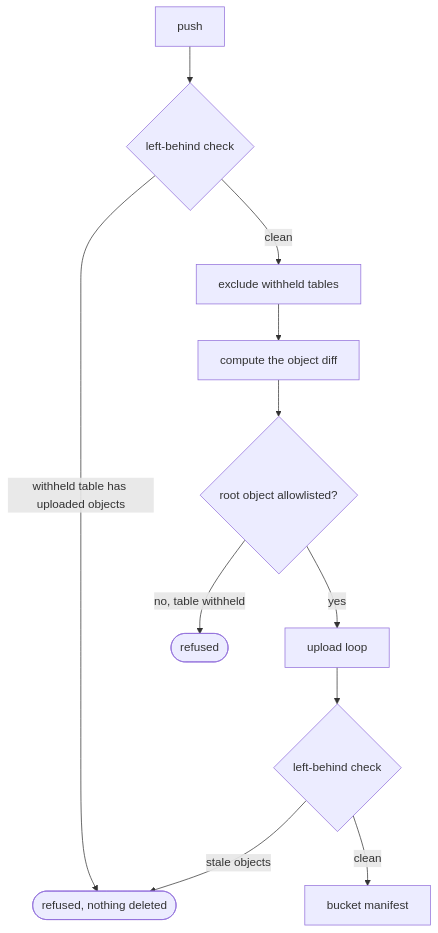
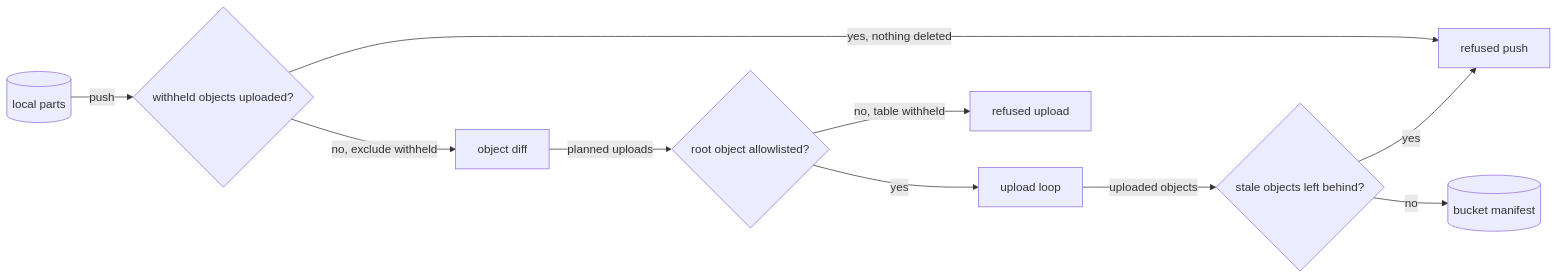
The second of 4 diagrams in spec/51-enforcement.md (fractalboxdev/contextful), drawn with Mermaid before and after one commit. The commit also changed other lines of this file and 31 other files, not shown here.

First line of the commit message:
spec: every diagram draws things as nodes and what flows as labelled edges

````diff
--- a/spec/51-enforcement.md
+++ b/spec/51-enforcement.md
@@ -250,13 +254,12 @@
 ```mermaid
-flowchart TD
-  P["push"] --> C1{"left-behind check"}
-  C1 -- "withheld table has uploaded objects" --> E1(["refused, nothing deleted"])
-  C1 -- clean --> X["exclude withheld tables"]
-  X --> D["compute the object diff"]
-  D --> RA{"root object allowlisted?"}
-  RA -- "no, table withheld" --> E2(["refused"])
-  RA -- yes --> U["upload loop"]
-  U --> C2{"left-behind check"}
-  C2 -- "stale objects" --> E1
-  C2 -- clean --> M["bucket manifest"]
+flowchart LR
+  PARTS[("local parts")] -- "push" --> C1{"withheld objects uploaded?"}
+  C1 -- "yes, nothing deleted" --> E1["refused push"]
+  C1 -- "no, exclude withheld" --> DIFF["object diff"]
+  DIFF -- "planned uploads" --> RA{"root object allowlisted?"}
+  RA -- "no, table withheld" --> E2["refused upload"]
+  RA -- "yes" --> U["upload loop"]
+  U -- "uploaded objects" --> C2{"stale objects left behind?"}
+  C2 -- "yes" --> E1
+  C2 -- "no" --> M[("bucket manifest")]
 ```
````
